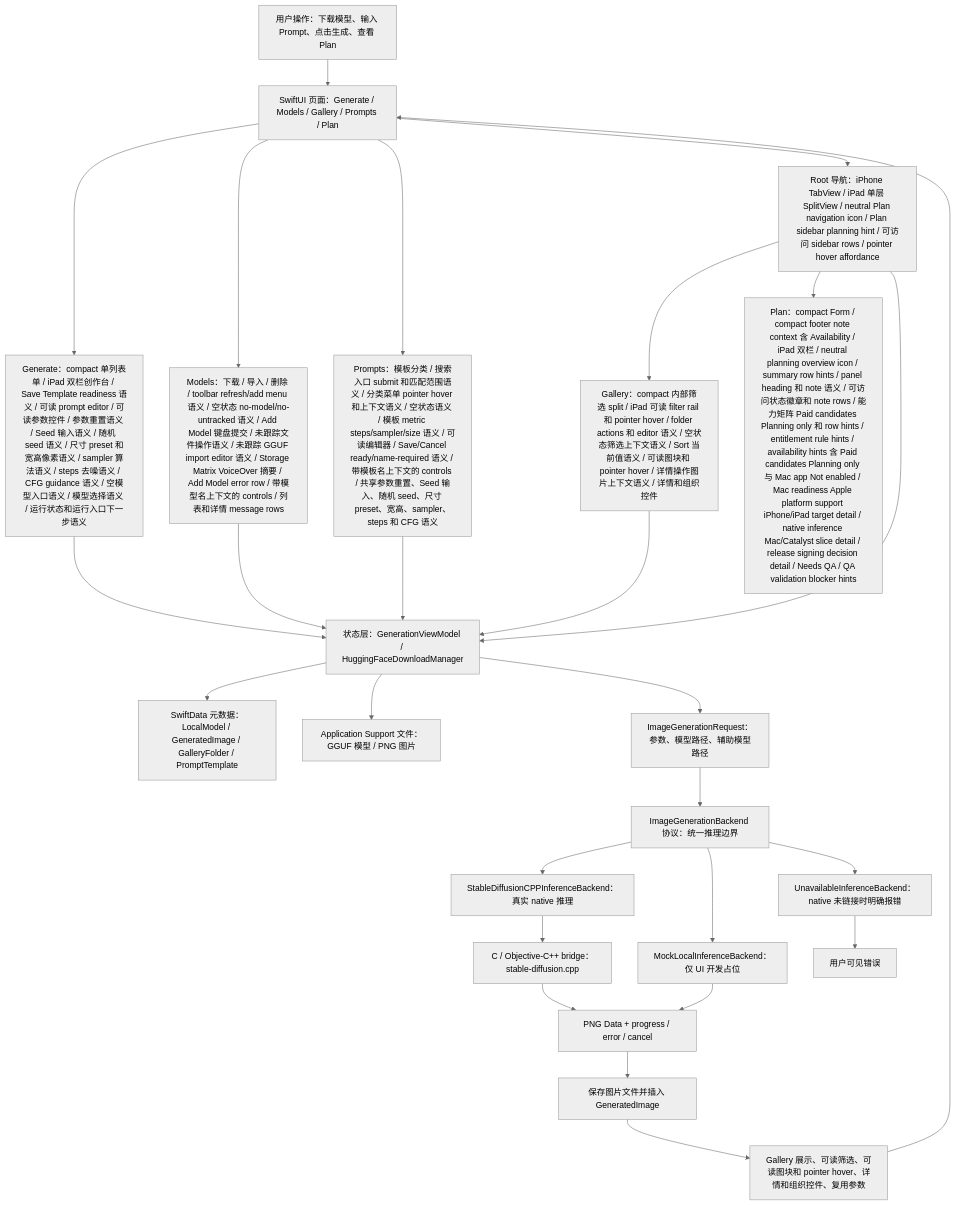
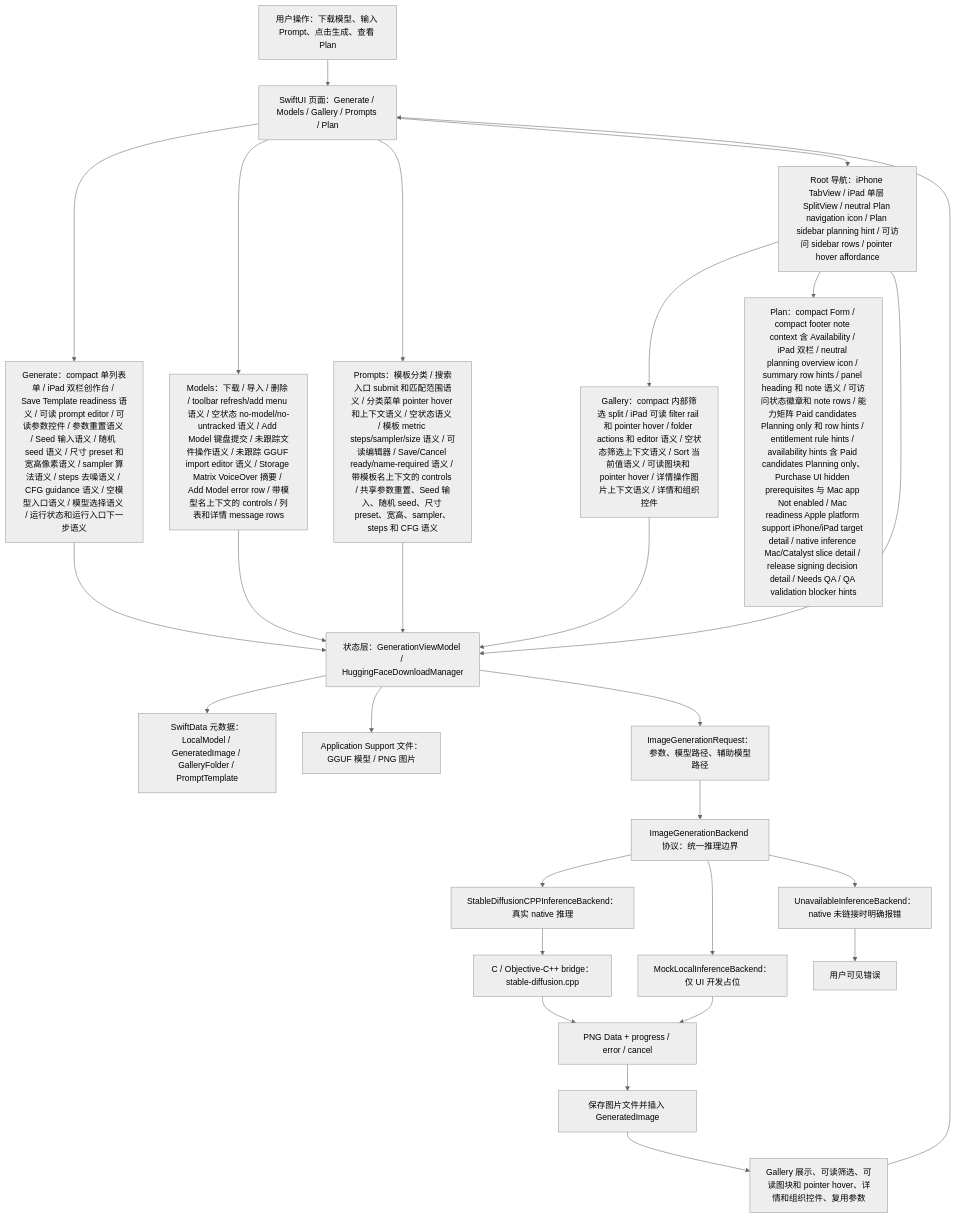
The first of 7 diagrams in md/flow/flowchart.md (Altman-sam114/118), drawn with Mermaid (neutral theme) before and after one commit. The commit also changed 5 other files, not shown here.

First line of the commit message:
v1.80: Plan purchase UI availability copy

````diff
--- a/md/flow/flowchart.md
+++ b/md/flow/flowchart.md
@@ -9,29 +9,29 @@
 ```mermaid
 flowchart TD
   U["用户操作：下载模型、输入 Prompt、点击生成、查看 Plan"] --> UI["SwiftUI 页面：Generate / Models / Gallery / Prompts / Plan"]
   UI --> GENUI["Generate：compact 单列表单 / iPad 双栏创作台 / Save Template readiness 语义 / 可读 prompt editor / 可读参数控件 / 参数重置语义 / Seed 输入语义 / 随机 seed 语义 / 尺寸 preset 和宽高像素语义 / sampler 算法语义 / steps 去噪语义 / CFG guidance 语义 / 空模型入口语义 / 模型选择语义 / 运行状态和运行入口下一步语义"]
   UI --> MODELUI["Models：下载 / 导入 / 删除 / toolbar refresh/add menu 语义 / 空状态 no-model/no-untracked 语义 / Add Model 键盘提交 / 未跟踪文件操作语义 / 未跟踪 GGUF import editor 语义 / Storage Matrix VoiceOver 摘要 / Add Model error row / 带模型名上下文的 controls / 列表和详情 message rows"]
   UI --> PROMPTUI["Prompts：模板分类 / 搜索入口 submit 和匹配范围语义 / 分类菜单 pointer hover 和上下文语义 / 空状态语义 / 模板 metric steps/sampler/size 语义 / 可读编辑器 / Save/Cancel ready/name-required 语义 / 带模板名上下文的 controls / 共享参数重置、Seed 输入、随机 seed、尺寸 preset、宽高、sampler、steps 和 CFG 语义"]
   UI --> NAV["Root 导航：iPhone TabView / iPad 单层 SplitView / neutral Plan navigation icon / Plan sidebar planning hint / 可访问 sidebar rows / pointer hover affordance"]
   NAV --> GALUI["Gallery：compact 内部筛选 split / iPad 可读 filter rail 和 pointer hover / folder actions 和 editor 语义 / 空状态筛选上下文语义 / Sort 当前值语义 / 可读图块和 pointer hover / 详情操作图片上下文语义 / 详情和组织控件"]
-  NAV --> PLANUI["Plan：compact Form / compact footer note context 含 Availability / iPad 双栏 / neutral planning overview icon / summary row hints / panel heading 和 note 语义 / 可访问状态徽章和 note rows / 能力矩阵 Paid candidates Planning only 和 row hints / entitlement rule hints / availability hints 含 Paid candidates Planning only 与 Mac app Not enabled / Mac readiness Apple platform support iPhone/iPad target detail / native inference Mac/Catalyst slice detail / release signing decision detail / Needs QA / QA validation blocker hints"]
+  NAV --> PLANUI["Plan：compact Form / compact footer note context 含 Availability / iPad 双栏 / neutral planning overview icon / summary row hints / panel heading 和 note 语义 / 可访问状态徽章和 note rows / 能力矩阵 Paid candidates Planning only 和 row hints / entitlement rule hints / availability hints 含 Paid candidates Planning only、Purchase UI hidden prerequisites 与 Mac app Not enabled / Mac readiness Apple platform support iPhone/iPad target detail / native inference Mac/Catalyst slice detail / release signing decision detail / Needs QA / QA validation blocker hints"]
   NAV --> VM["状态层：GenerationViewModel / HuggingFaceDownloadManager"]
   GENUI --> VM
   MODELUI --> VM
   PROMPTUI --> VM
   GALUI --> VM
   VM --> SD["SwiftData 元数据：LocalModel / GeneratedImage / GalleryFolder / PromptTemplate"]
   VM --> FS["Application Support 文件：GGUF 模型 / PNG 图片"]
   VM --> REQ["ImageGenerationRequest：参数、模型路径、辅助模型路径"]
   REQ --> IFACE["ImageGenerationBackend 协议：统一推理边界"]
   IFACE --> NATIVE["StableDiffusionCPPInferenceBackend：真实 native 推理"]
   IFACE --> MOCK["MockLocalInferenceBackend：仅 UI 开发占位"]
   IFACE --> OFF["UnavailableInferenceBackend：native 未链接时明确报错"]
   NATIVE --> BRIDGE["C / Objective-C++ bridge：stable-diffusion.cpp"]
   BRIDGE --> PNG["PNG Data + progress / error / cancel"]
   MOCK --> PNG
   OFF --> ERR["用户可见错误"]
   PNG --> SAVE["保存图片文件并插入 GeneratedImage"]
   SAVE --> GALLERY["Gallery 展示、可读筛选、可读图块和 pointer hover、详情和组织控件、复用参数"]
   GALLERY --> UI
 ```
````
